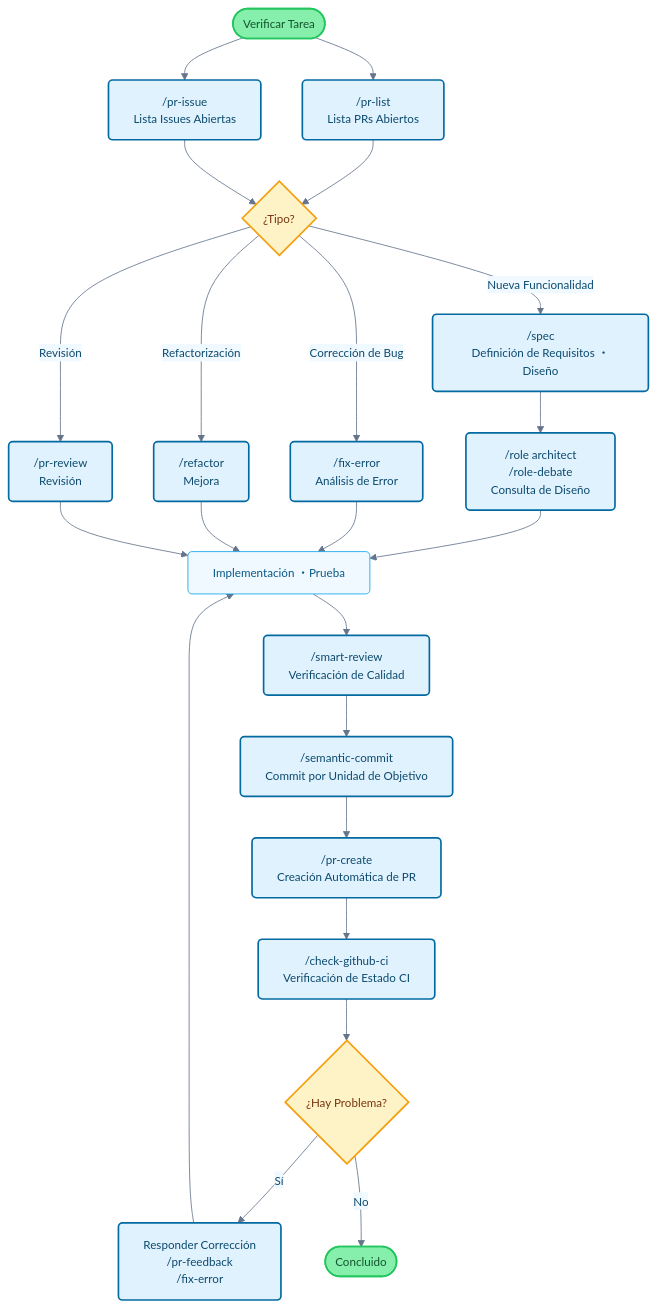
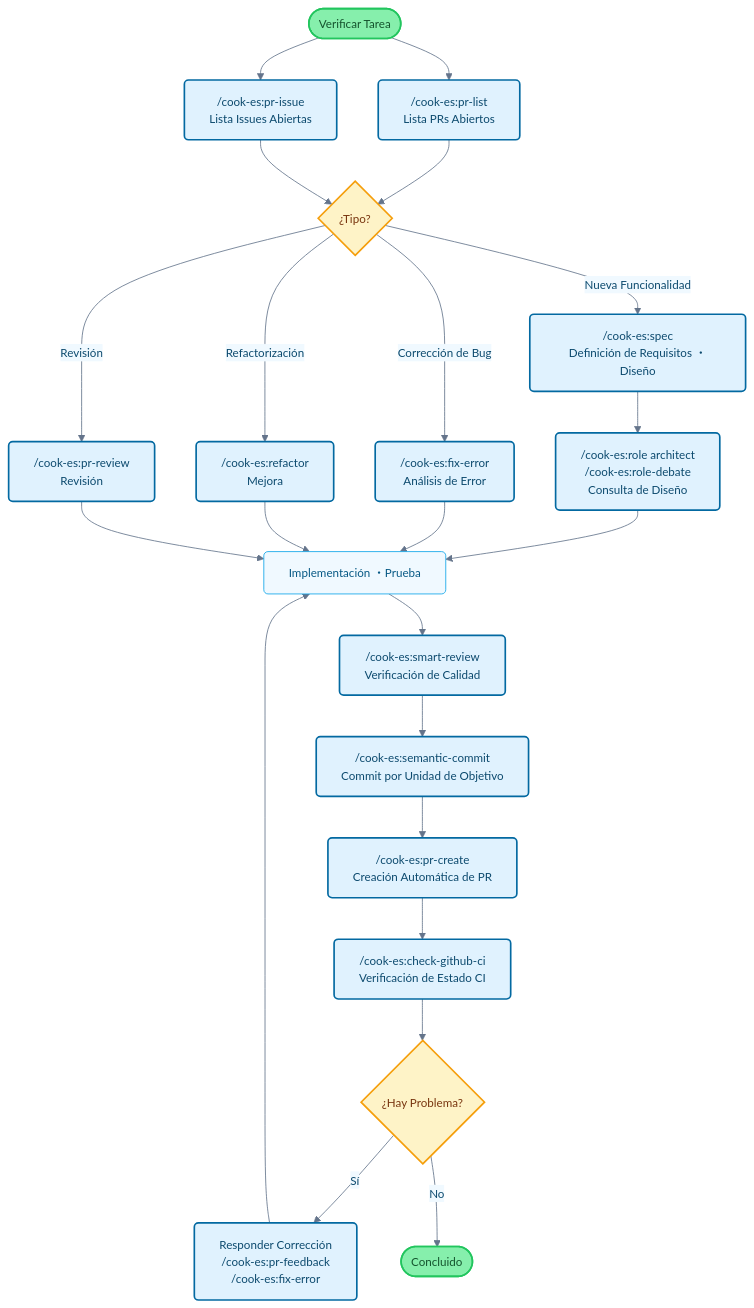
Before and after one commit to wasabeef/claude-code-cookbook: the diagram in plugins/es/README.md, drawn with Mermaid. The commit also changed 8 other files, not shown here.

Commit message:
docs: add plugin namespace prefix to Mermaid flowchart commands

````diff
--- a/plugins/es/README.md
+++ b/plugins/es/README.md
@@ -115,42 +115,42 @@
 ```mermaid
 flowchart TB
-    Start([Verificar Tarea]) --> PRList["/pr-list<br/>Lista PRs Abiertos"]
-    Start --> PRIssue["/pr-issue<br/>Lista Issues Abiertas"]
+    Start([Verificar Tarea]) --> PRList["/cook-es:pr-list<br/>Lista PRs Abiertos"]
+    Start --> PRIssue["/cook-es:pr-issue<br/>Lista Issues Abiertas"]
 
     PRList --> TaskType{¿Tipo?}
     PRIssue --> TaskType
 
-    TaskType -->|Nueva Funcionalidad| Plan["/spec<br/>Definición de Requisitos ・Diseño"]
-    TaskType -->|Corrección de Bug| Fix["/fix-error<br/>Análisis de Error"]
-    TaskType -->|Refactorización| Refactor["/refactor<br/>Mejora"]
-    TaskType -->|Revisión| Review["/pr-review<br/>Revisión"]
+    TaskType -->|Nueva Funcionalidad| Plan["/cook-es:spec<br/>Definición de Requisitos ・Diseño"]
+    TaskType -->|Corrección de Bug| Fix["/cook-es:fix-error<br/>Análisis de Error"]
+    TaskType -->|Refactorización| Refactor["/cook-es:refactor<br/>Mejora"]
+    TaskType -->|Revisión| Review["/cook-es:pr-review<br/>Revisión"]
 
-    Plan --> Design["/role architect<br/>/role-debate<br/>Consulta de Diseño"]
+    Plan --> Design["/cook-es:role architect<br/>/cook-es:role-debate<br/>Consulta de Diseño"]
     Design --> Implementation[Implementación ・Prueba]
     Fix --> Implementation
     Refactor --> Implementation
     Review --> Implementation
 
-    Implementation --> Check["/smart-review<br/>Verificación de Calidad"]
-    Check --> Commit["/semantic-commit<br/>Commit por Unidad de Objetivo"]
-    Commit --> PR["/pr-create<br/>Creación Automática de PR"]
-    PR --> CI["/check-github-ci<br/>Verificación de Estado CI"]
+    Implementation --> Check["/cook-es:smart-review<br/>Verificación de Calidad"]
+    Check --> Commit["/cook-es:semantic-commit<br/>Commit por Unidad de Objetivo"]
+    Commit --> PR["/cook-es:pr-create<br/>Creación Automática de PR"]
+    PR --> CI["/cook-es:check-github-ci<br/>Verificación de Estado CI"]
 
     CI --> Status{¿Hay Problema?}
-    Status -->|Sí| Feedback["Responder Corrección<br/>/pr-feedback<br/>/fix-error"]
+    Status -->|Sí| Feedback["Responder Corrección<br/>/cook-es:pr-feedback<br/>/cook-es:fix-error"]
     Status -->|No| End([Concluido])
 
     Feedback --> Implementation
 
     classDef commandBox fill:#e0f2fe,stroke:#0369a1,stroke-width:2px,rx:5,ry:5,color:#0c4a6e
     classDef processBox fill:#f0f9ff,stroke:#0ea5e9,stroke-width:1px,rx:5,ry:5,color:#075985
     classDef decisionBox fill:#fef3c7,stroke:#f59e0b,stroke-width:2px,rx:5,ry:5,color:#78350f
     classDef startEnd fill:#86efac,stroke:#22c55e,stroke-width:2px,rx:20,ry:20,color:#14532d
 
     class PRList,PRIssue,Plan,Fix,Refactor,Review,Design,Check,CI,Commit,PR,Feedback commandBox
     class Implementation processBox
     class TaskType,Status decisionBox
     class Start,End startEnd
 
     %%{init: {'theme':'base', 'themeVariables': { 'primaryColor':'#e0f2fe', 'primaryTextColor':'#0c4a6e', 'primaryBorderColor':'#0369a1', 'lineColor':'#64748b', 'secondaryColor':'#f0f9ff', 'background':'#ffffff', 'mainBkg':'#ffffff', 'fontSize': '14px'}}}%%
 ```
````
